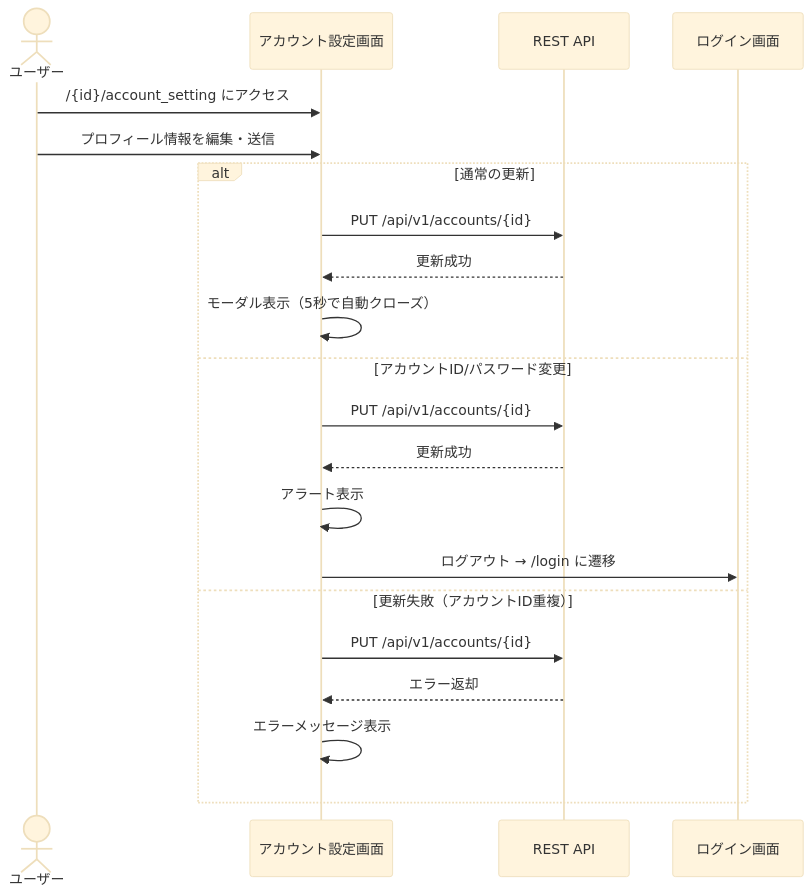
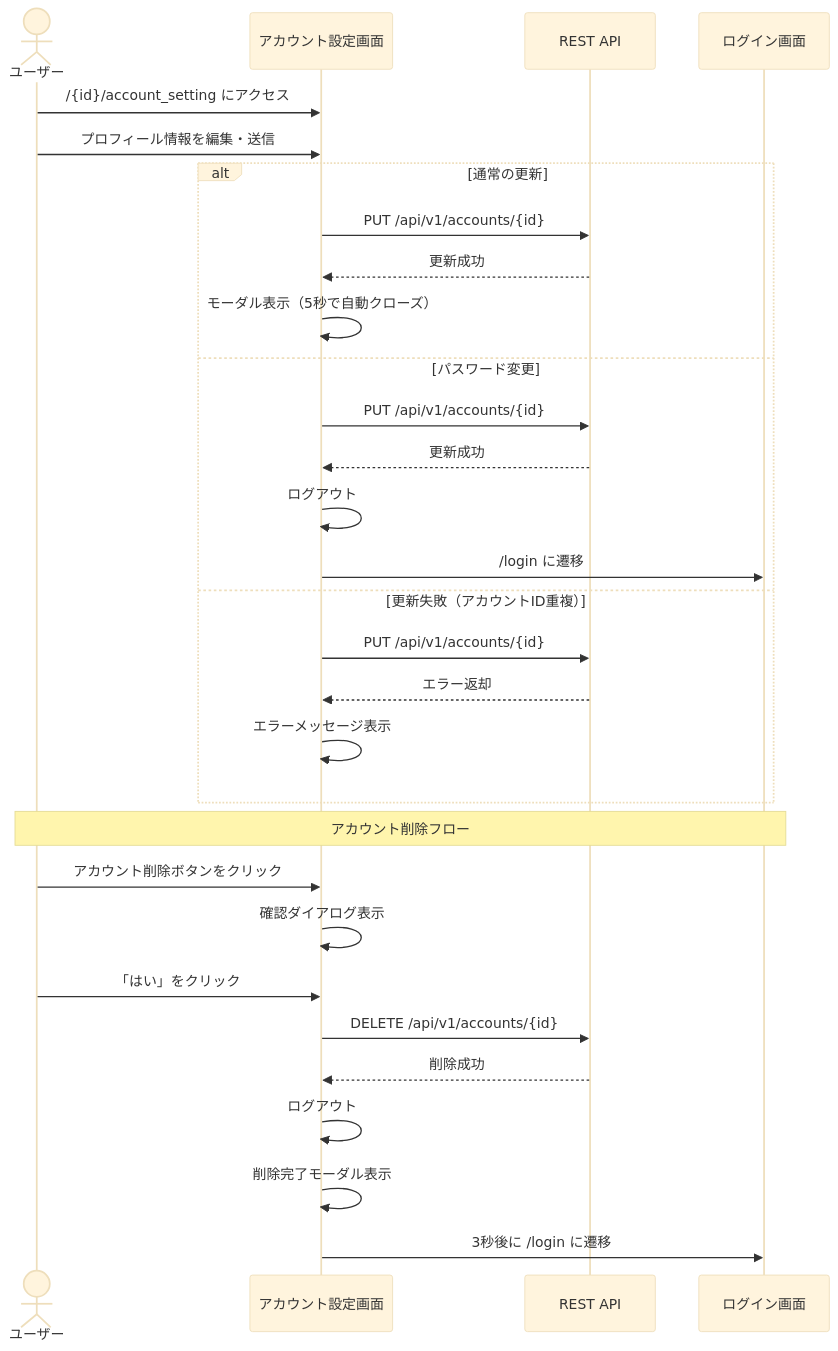
One commit to KentoKodama214/WebGallery changed the fifth of 7 diagrams in doc/view/screen-transition.md. Above: the diagram before and after it, drawn with Mermaid (base theme). The commit also changed other lines of this file, not shown here.

First line of the commit message:
画面遷移図を最新のソースコードに合わせて更新

````diff
--- a/doc/view/screen-transition.md
+++ b/doc/view/screen-transition.md
@@ -152,25 +157,35 @@
 ```mermaid
 sequenceDiagram
     actor User as ユーザー
     participant Setting as アカウント設定画面
     participant API as REST API
     participant Login as ログイン画面
 
     User->>Setting: /{id}/account_setting にアクセス
     User->>Setting: プロフィール情報を編集・送信
 
     alt 通常の更新
         Setting->>API: PUT /api/v1/accounts/{id}
         API-->>Setting: 更新成功
         Setting->>Setting: モーダル表示（5秒で自動クローズ）
-    else アカウントID/パスワード変更
+    else パスワード変更
         Setting->>API: PUT /api/v1/accounts/{id}
         API-->>Setting: 更新成功
-        Setting->>Setting: アラート表示
-        Setting->>Login: ログアウト → /login に遷移
+        Setting->>Setting: ログアウト
+        Setting->>Login: /login に遷移
     else 更新失敗（アカウントID重複）
         Setting->>API: PUT /api/v1/accounts/{id}
         API-->>Setting: エラー返却
         Setting->>Setting: エラーメッセージ表示
     end
+
+    Note over User, Login: アカウント削除フロー
+    User->>Setting: アカウント削除ボタンをクリック
+    Setting->>Setting: 確認ダイアログ表示
+    User->>Setting: 「はい」をクリック
+    Setting->>API: DELETE /api/v1/accounts/{id}
+    API-->>Setting: 削除成功
+    Setting->>Setting: ログアウト
+    Setting->>Setting: 削除完了モーダル表示
+    Setting->>Login: 3秒後に /login に遷移
 ```
````
